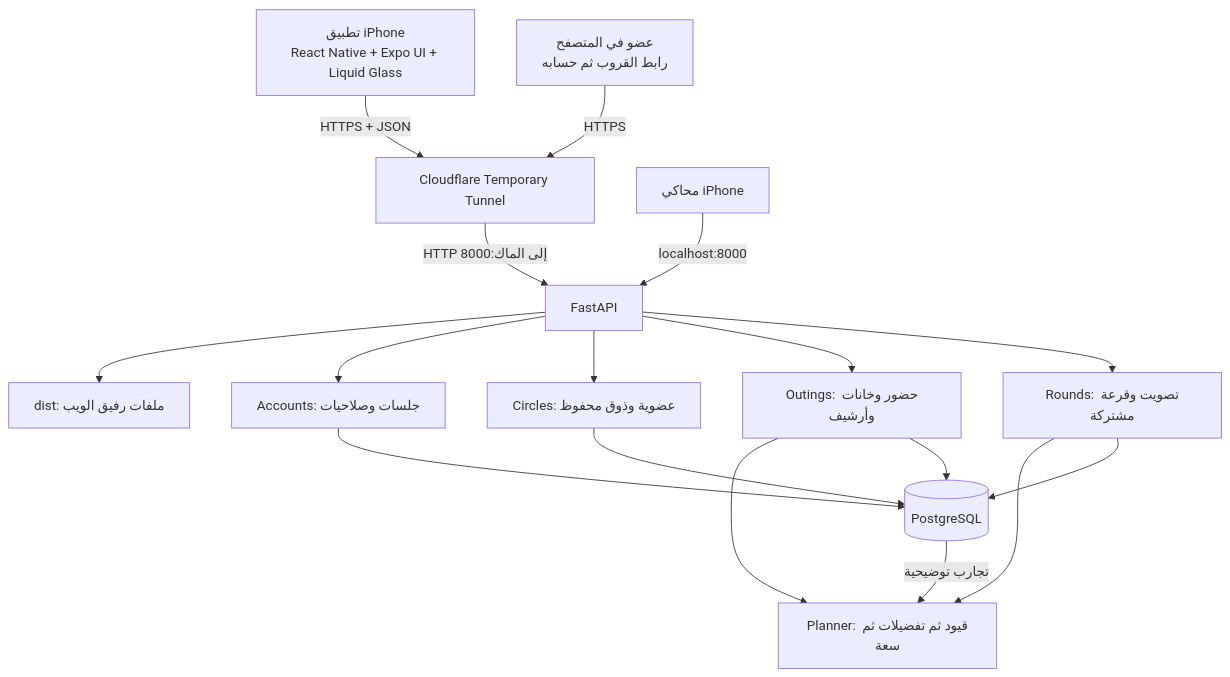
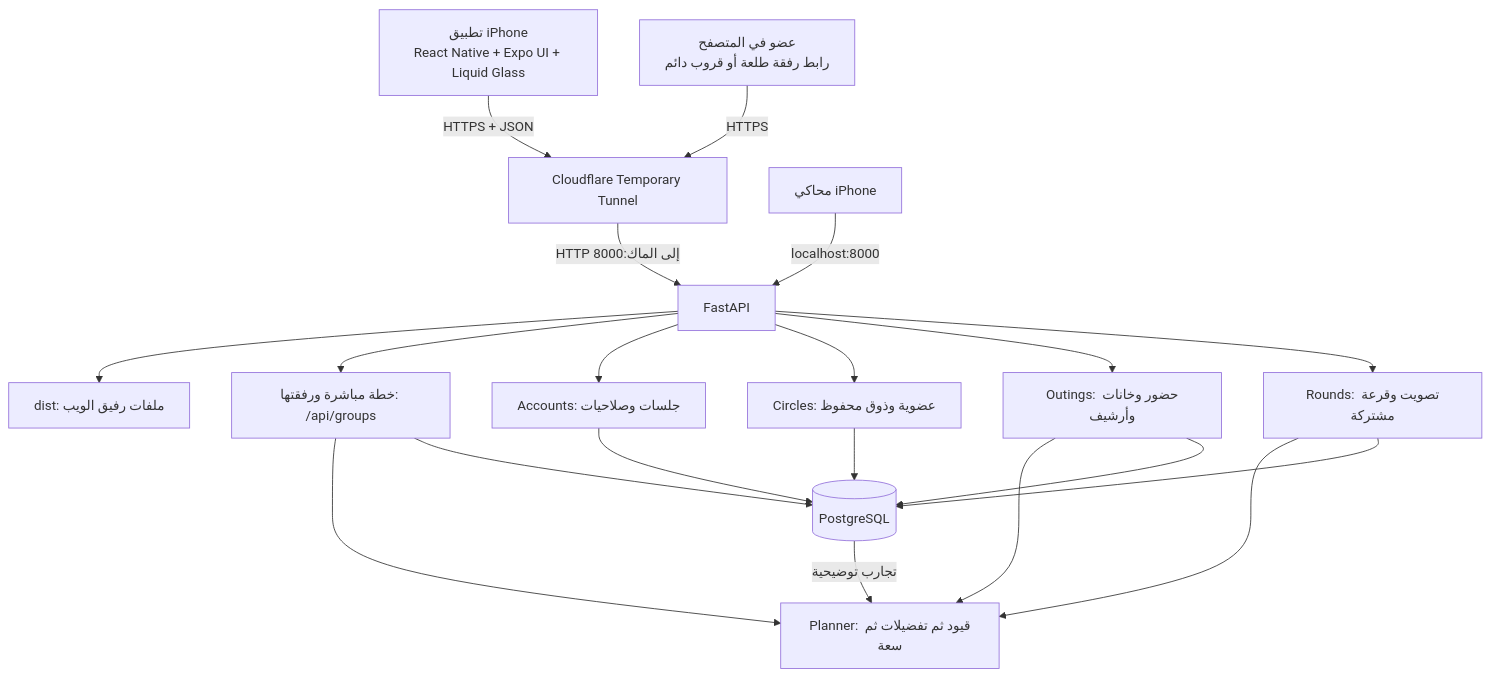
One commit to shathaaa1110-arch/hatim-app changed the first of 4 diagrams in docs/architecture-python-postgres.ar.md. Above: the diagram before and after it, drawn with Mermaid. The commit also changed other lines of this file and 23 other files, not shown here.

````diff
--- a/docs/architecture-python-postgres.ar.md
+++ b/docs/architecture-python-postgres.ar.md
@@ -11,19 +13,22 @@
 ```mermaid
 flowchart TB
     I[تطبيق iPhone<br/>React Native + Expo UI + Liquid Glass] -->|HTTPS + JSON| T[Cloudflare Temporary Tunnel]
-    W[عضو في المتصفح<br/>رابط القروب ثم حسابه] -->|HTTPS| T
+    W[عضو في المتصفح<br/>رابط رفقة طلعة أو قروب دائم] -->|HTTPS| T
     S[محاكي iPhone] -->|localhost:8000| A[FastAPI]
     T -->|HTTP إلى الماك:8000| A
     A --> F[dist: ملفات رفيق الويب]
+    A --> Q[خطة مباشرة ورفقتها: /api/groups]
+    Q --> P
+    Q --> DB
     A --> AU[Accounts: جلسات وصلاحيات]
     A --> G[Circles: عضوية وذوق محفوظ]
     A --> O[Outings: حضور وخانات وأرشيف]
     A --> R[Rounds: تصويت وقرعة مشتركة]
     O --> P[Planner: قيود ثم تفضيلات ثم سعة]
     R --> P
     AU --> DB[(PostgreSQL)]
     G --> DB
     O --> DB
     R --> DB
     DB -->|تجارب توضيحية| P
 ```
````
